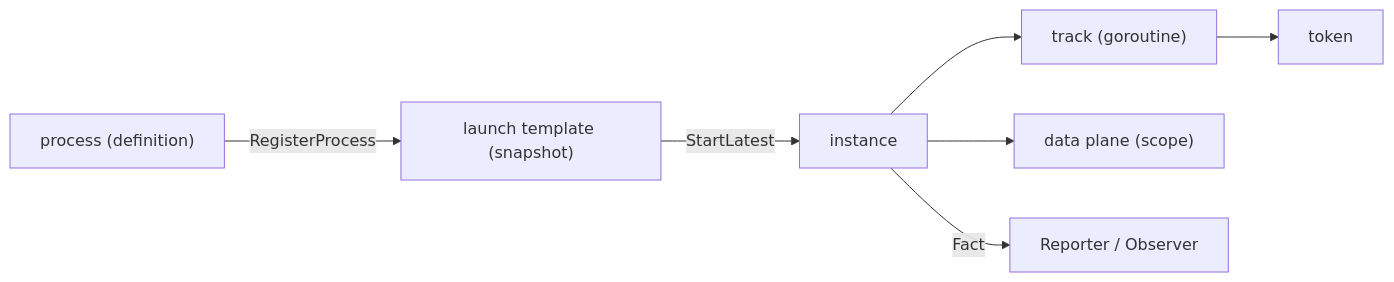
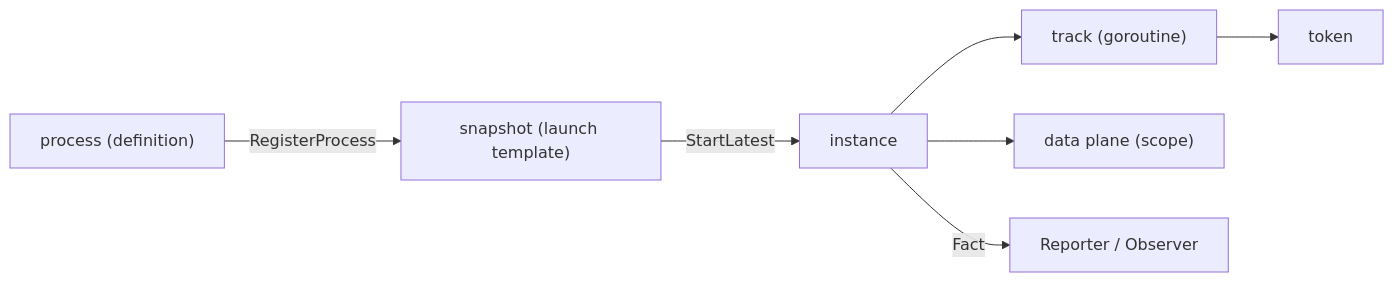
Before and after one commit to dr-dobermann/gobpm: the diagram in docs/guides/glossary.md, drawn with Mermaid. The commit also changed other lines of this file and 81 other files, not shown here.

````diff
--- a/docs/guides/glossary.md
+++ b/docs/guides/glossary.md
@@ -19,9 +21,9 @@
 ```mermaid
 flowchart LR
-    proc["process (definition)"] -->|RegisterProcess| tmpl["launch template (snapshot)"]
-    tmpl -->|StartLatest| inst["instance"]
+    proc["process (definition)"] -->|RegisterProcess| snap["snapshot (launch template)"]
+    snap -->|StartLatest| inst["instance"]
     inst --> track["track (goroutine)"]
     track --> token["token"]
     inst --> data["data plane (scope)"]
     inst -->|Fact| obs["Reporter / Observer"]
 ```
````
